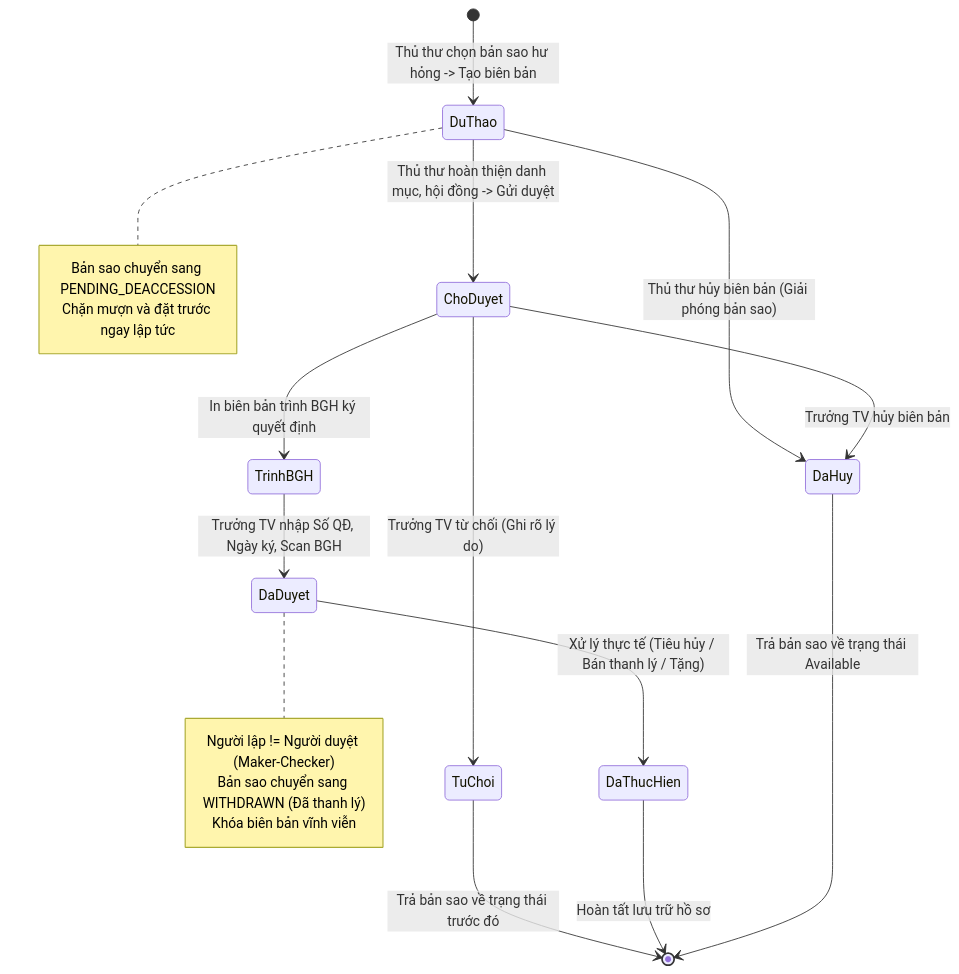
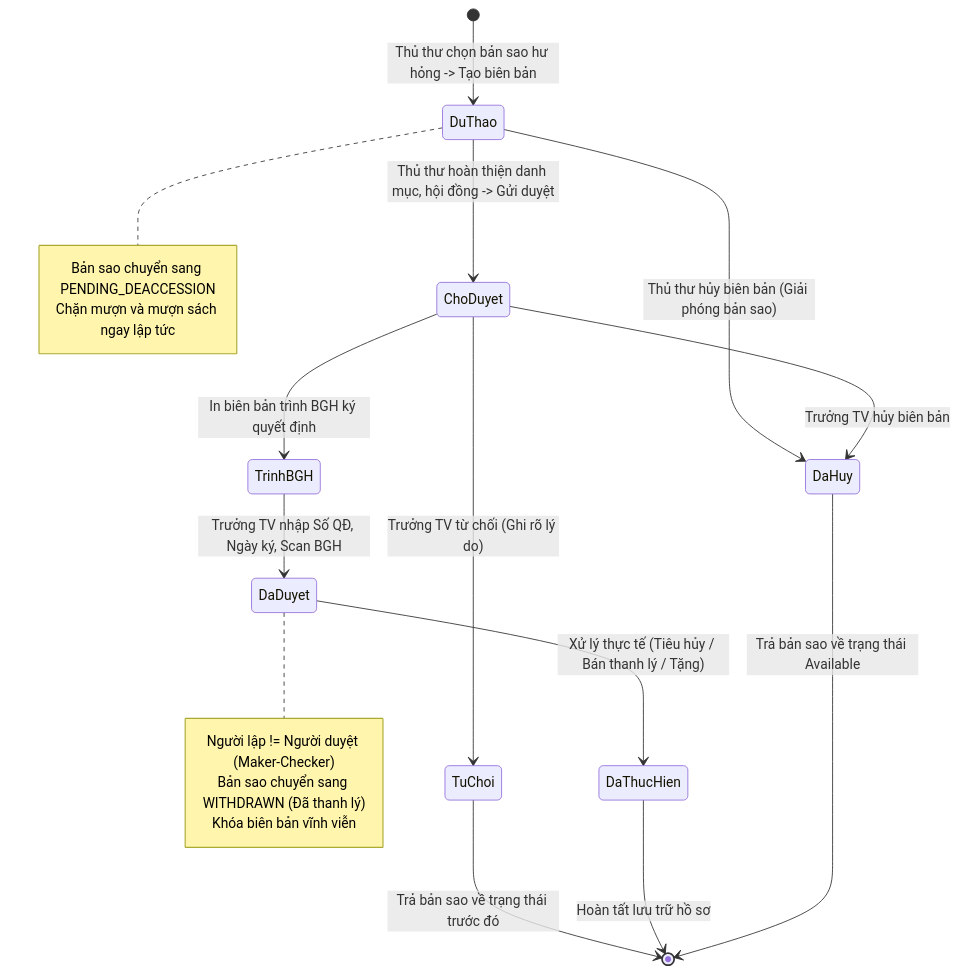
One commit to HoaiVu2005/UTH-Library changed the first of 2 diagrams in docs/NGHIEP_VU_VA_PHAN_QUYEN.md. Above: the diagram before and after it, drawn with Mermaid. The commit also changed other lines of this file and 81 other files, not shown here.

````diff
--- a/docs/NGHIEP_VU_VA_PHAN_QUYEN.md
+++ b/docs/NGHIEP_VU_VA_PHAN_QUYEN.md
@@ -89,27 +89,27 @@
 ```mermaid
 stateDiagram-v2
     [*] --> DuThao: Thủ thư chọn bản sao hư hỏng -> Tạo biên bản
     note right of DuThao
       Bản sao chuyển sang PENDING_DEACCESSION
-      Chặn mượn và đặt trước ngay lập tức
+      Chặn mượn và mượn sách ngay lập tức
     end note
 
     DuThao --> ChoDuyet: Thủ thư hoàn thiện danh mục, hội đồng -> Gửi duyệt
     DuThao --> DaHuy: Thủ thư hủy biên bản (Giải phóng bản sao)
 
     ChoDuyet --> DaHuy: Trưởng TV hủy biên bản
     ChoDuyet --> TuChoi: Trưởng TV từ chối (Ghi rõ lý do)
     TuChoi --> [*]: Trả bản sao về trạng thái trước đó
 
     ChoDuyet --> TrinhBGH: In biên bản trình BGH ký quyết định
     TrinhBGH --> DaDuyet: Trưởng TV nhập Số QĐ, Ngày ký, Scan BGH
     note right of DaDuyet
       Người lập != Người duyệt (Maker-Checker)
       Bản sao chuyển sang WITHDRAWN (Đã thanh lý)
       Khóa biên bản vĩnh viễn
     end note
 
     DaDuyet --> DaThucHien: Xử lý thực tế (Tiêu hủy / Bán thanh lý / Tặng)
     DaThucHien --> [*]: Hoàn tất lưu trữ hồ sơ
     DaHuy --> [*]: Trả bản sao về trạng thái Available
 ```
````
